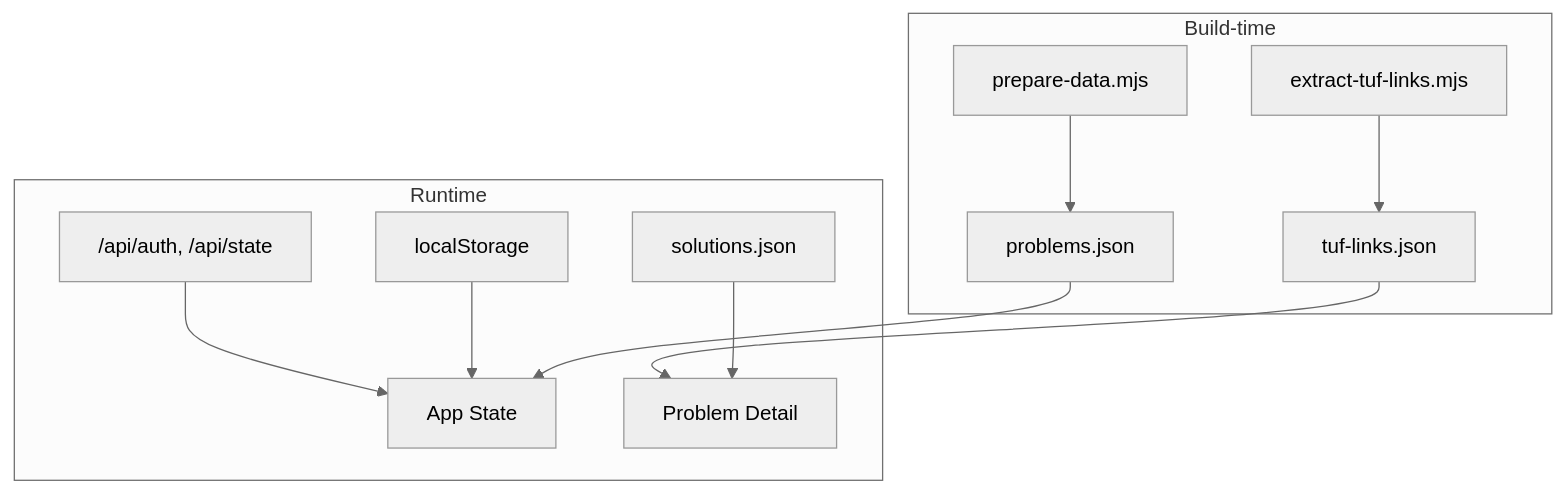
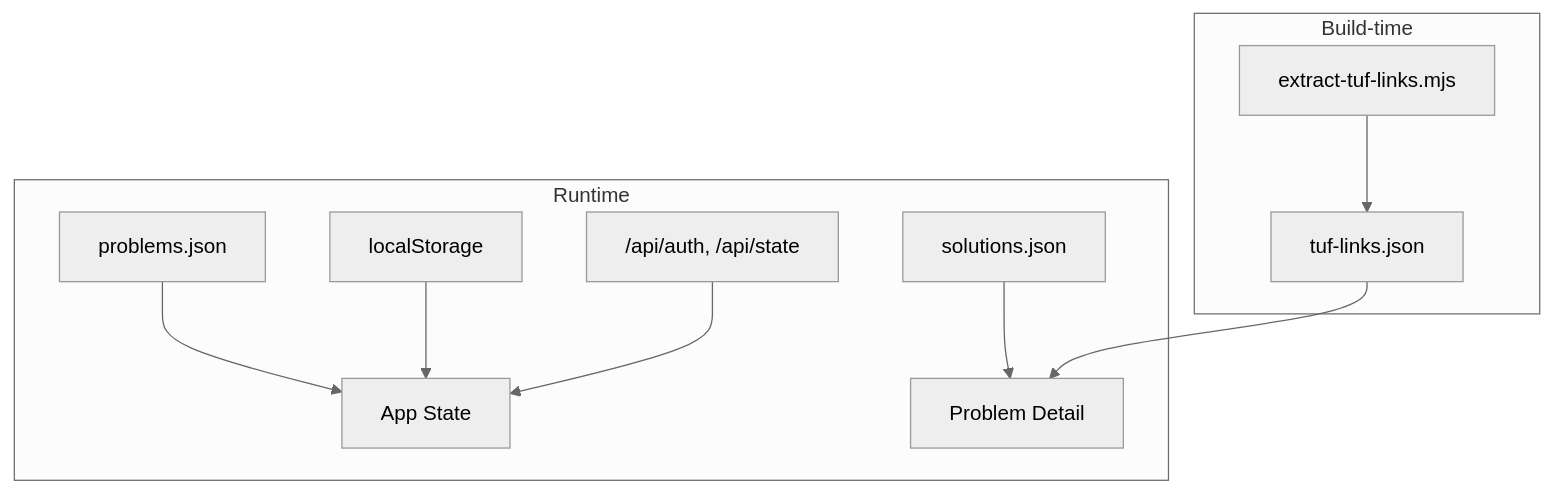
The tenth of 10 diagrams in .qoder/repowiki/en/content/Frontend Application/Problem Detail Component.md (iamrituraj/DSA-Tracker), drawn with Mermaid (neutral theme) before and after one commit. The commit also changed other lines of this file and 21 other files, not shown here.

````diff
--- a/.qoder/repowiki/en/content/Frontend Application/Problem Detail Component.md
+++ b/.qoder/repowiki/en/content/Frontend Application/Problem Detail Component.md
@@ -282,14 +315,13 @@
 ```mermaid
 graph TB
 subgraph "Build-time"
-PD["prepare-data.mjs"] --> PJ["problems.json"]
 ET["extract-tuf-links.mjs"] --> TL["tuf-links.json"]
 end
 subgraph "Runtime"
-PJ --> App["App State"]
+PJ["problems.json"] --> App["App State"]
 SL["solutions.json"] --> PDet["Problem Detail"]
 TL --> PDet
 LS["localStorage"] --> App
 Cloud["/api/auth, /api/state"] --> App
 end
 ```
````
